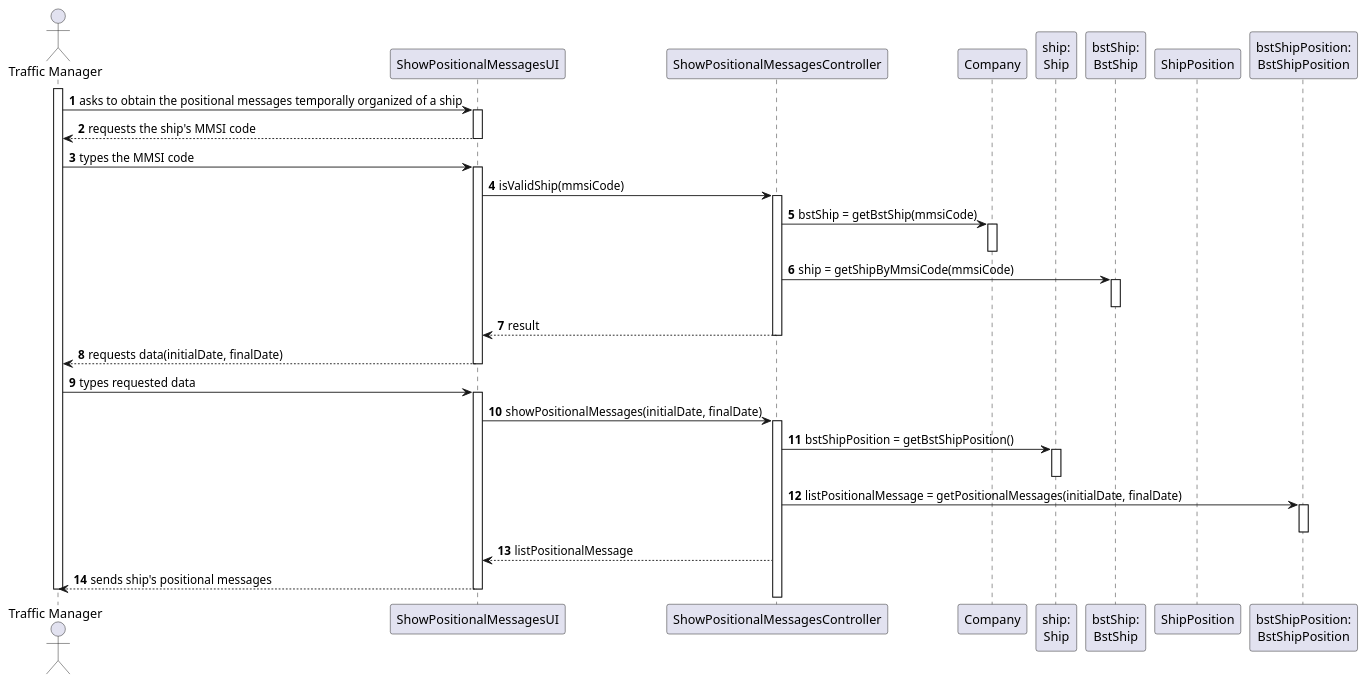
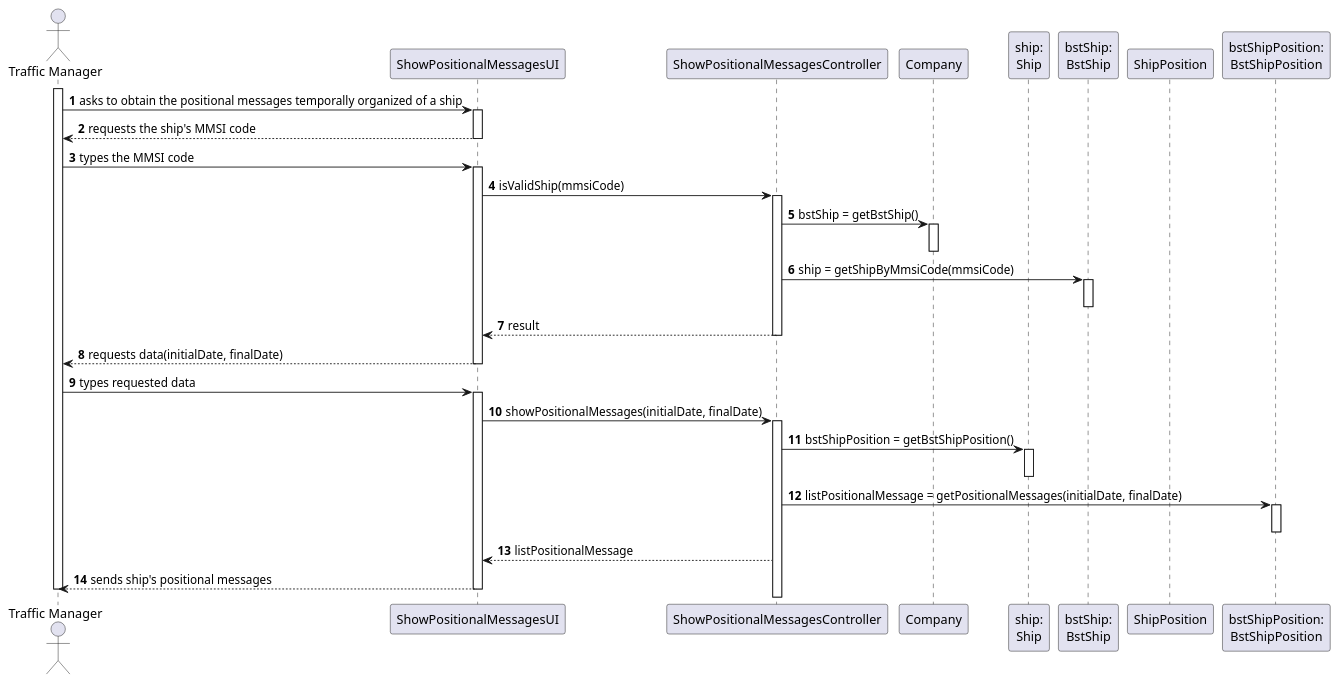
One commit to ana-albergaria/LAPR3-ISEP changed the diagram in docs/US103/US103_SD.puml. Above: the diagram before and after it, drawn with PlantUML. The commit also changed 2 other files, not shown here.

```diff
--- a/docs/US103/US103_SD.puml
+++ b/docs/US103/US103_SD.puml
@@ -1,51 +1,51 @@
 @startuml
 
 autonumber
 actor "Traffic Manager" as TM
 
 participant "ShowPositionalMessagesUI" as UI
 participant "ShowPositionalMessagesController" as CTRL
 participant "Company" as COMP
 participant "ship:\nShip" as S
 participant "bstShip:\nBstShip" as BstShip
 participant "ShipPosition" as SP
 participant "bstShipPosition:\nBstShipPosition" as BstPosition
 
 
 activate TM
 TM -> "UI" : asks to obtain the positional messages temporally organized of a ship
 activate "UI"
 "UI" --> TM : requests the ship's MMSI code
 deactivate "UI"
 TM -> "UI" : types the MMSI code
 activate "UI"
 UI -> CTRL : isValidShip(mmsiCode)
 activate CTRL
-CTRL -> COMP : bstShip = getBstShip(mmsiCode)
+CTRL -> COMP : bstShip = getBstShip()
 activate COMP
 deactivate COMP
 CTRL -> BstShip : ship = getShipByMmsiCode(mmsiCode)
 activate BstShip
 deactivate BstShip
 CTRL --> UI : result
 deactivate CTRL
 "UI" --> TM : requests data(initialDate, finalDate)
 deactivate "UI"
 TM -> "UI" : types requested data
 activate "UI"
 UI -> CTRL : showPositionalMessages(initialDate, finalDate)
 activate CTRL
 CTRL -> S : bstShipPosition = getBstShipPosition()
 activate S
 deactivate S
 CTRL -> BstPosition : listPositionalMessage = getPositionalMessages(initialDate, finalDate)
 activate BstPosition
 deactivate BstPosition
 CTRL --> UI : listPositionalMessage
 "UI" --> TM : sends ship's positional messages
 
 deactivate "UI"
 
 deactivate TM
 
 @enduml
```
